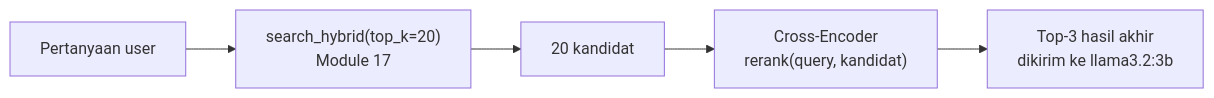
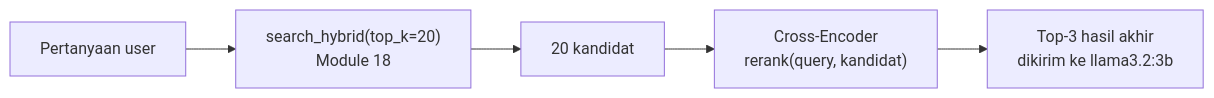
One commit to githubna-ilham/nala_ai changed the third of 3 diagrams in Module-19-Reranking-Cross-Encoder/materi.md. Above: the diagram before and after it, drawn with Mermaid. The commit also changed other lines of this file and 1 other file, not shown here.

Commit message:
Module 19-20 (dulu 18-19): perbaiki H1 title dan semua cross-reference nomor modul setelah pemisahan Module 12/13

````diff
--- a/Module-19-Reranking-Cross-Encoder/materi.md
+++ b/Module-19-Reranking-Cross-Encoder/materi.md
@@ -62,7 +62,7 @@
 ```mermaid
 flowchart LR
-    Q["Pertanyaan user"] --> H["search_hybrid(top_k=20)<br/>Module 17"]
+    Q["Pertanyaan user"] --> H["search_hybrid(top_k=20)<br/>Module 18"]
     H --> C["20 kandidat"]
     C --> R["Cross-Encoder<br/>rerank(query, kandidat)"]
     R --> T["Top-3 hasil akhir<br/>dikirim ke llama3.2:3b"]
 ```
````
